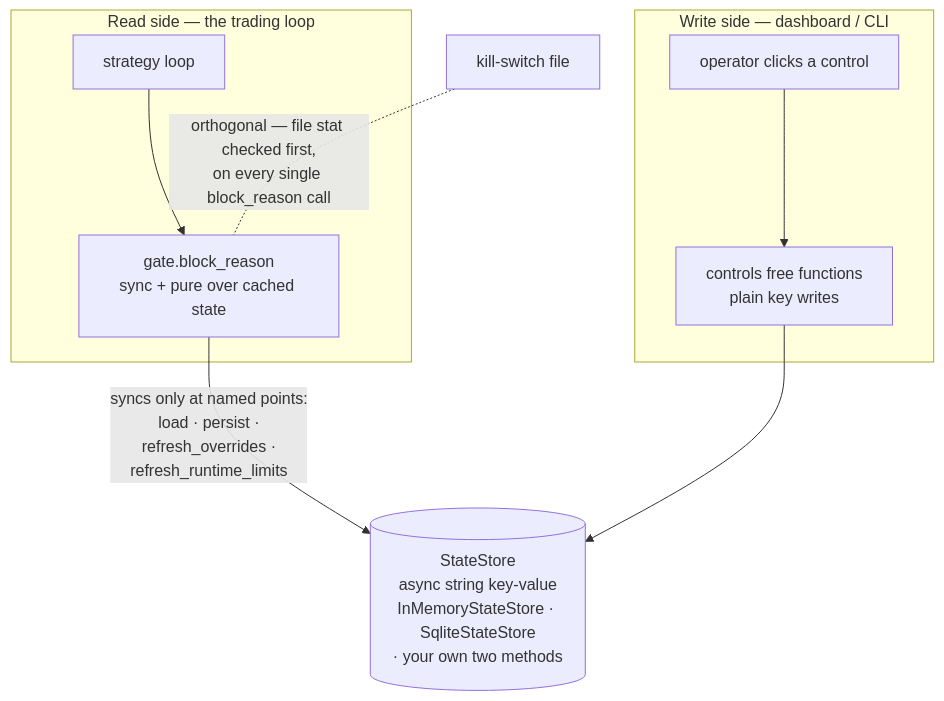
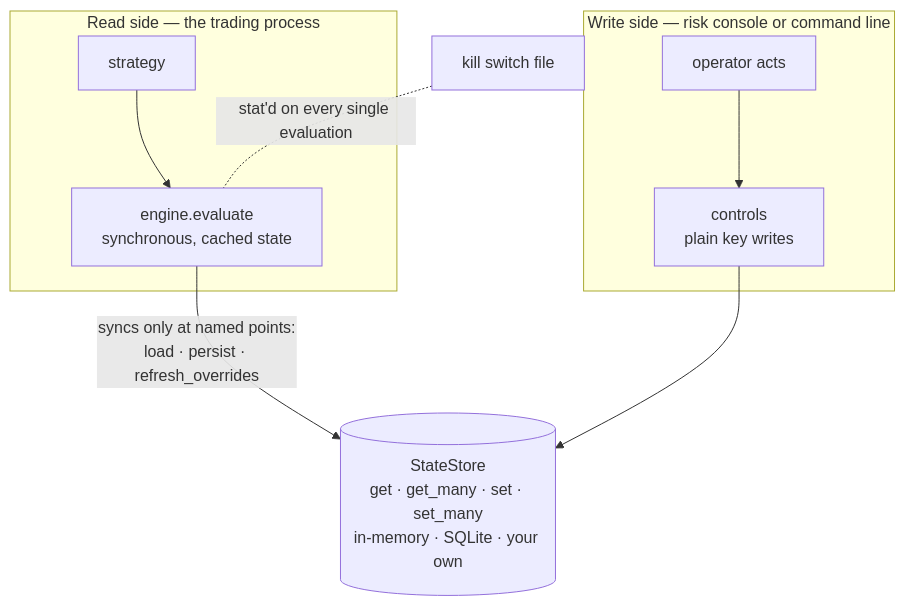
The third of 3 diagrams in README.md (zayansalman/pretrade-risk-controls), drawn with Mermaid before and after one commit. The commit also changed other lines of this file and 23 other files, not shown here.

First line of the commit message:
feat!: rework into a pre-trade risk control layer with institutional vocabulary

````diff
--- a/README.md
+++ b/README.md
@@ -128,12 +299,12 @@
 ```mermaid
 flowchart TB
-    subgraph READSIDE ["Read side — the trading loop"]
-        SL["strategy loop"] --> BR["gate.block_reason<br/>sync + pure over cached state"]
+    subgraph READ ["Read side — the trading process"]
+        SL["strategy"] --> BR["engine.evaluate<br/>synchronous, cached state"]
     end
-    subgraph WRITESIDE ["Write side — dashboard / CLI"]
-        OP["operator clicks a control"] --> CT["controls free functions<br/>plain key writes"]
+    subgraph WRITE ["Write side — risk console or command line"]
+        OP["operator acts"] --> CT["controls<br/>plain key writes"]
     end
-    BR -- "syncs only at named points:<br/>load · persist ·<br/>refresh_overrides ·<br/>refresh_runtime_limits" --> ST[("StateStore<br/>async string key-value<br/>InMemoryStateStore · SqliteStateStore<br/>· your own two methods")]
+    BR -- "syncs only at named points:<br/>load · persist · refresh_overrides" --> ST[("StateStore<br/>get · get_many · set · set_many<br/>in-memory · SQLite · your own")]
     CT --> ST
-    KF["kill-switch file"] -. "orthogonal — file stat checked first,<br/>on every single block_reason call" .- BR
+    KF["kill switch file"] -. "stat'd on every single evaluation" .- BR
 ```
````
